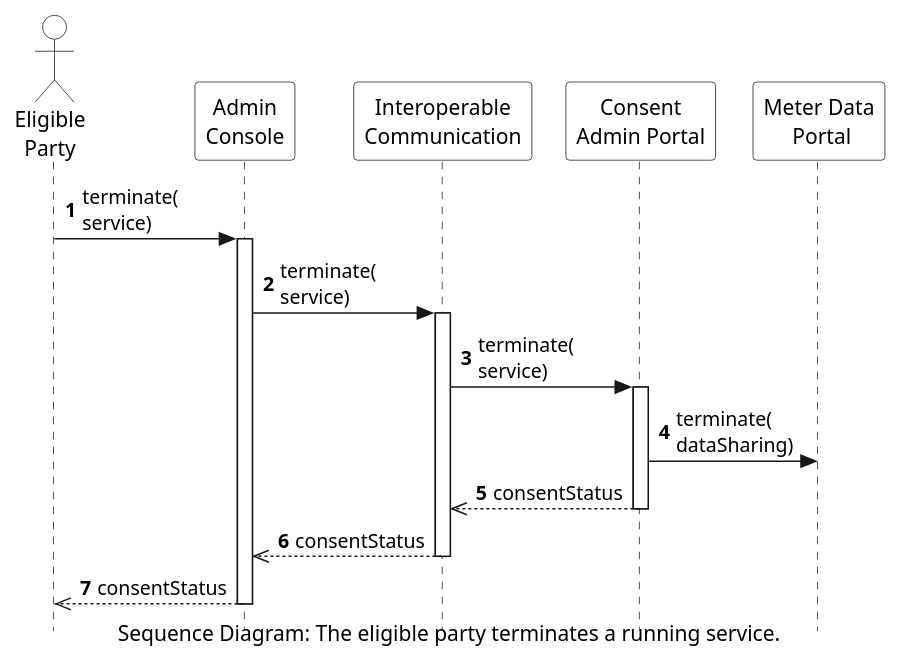
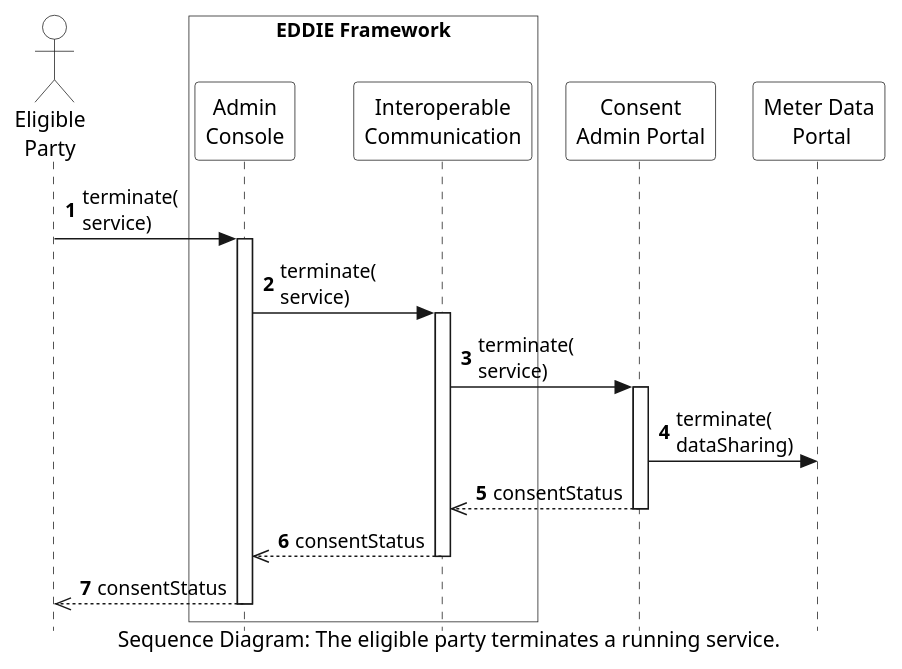
The diagram in arc42/06-runtime-view/consent-revocation/service-termination-eligible-party/figures/service-termination.puml (eddie-energy/architecture), drawn with PlantUML before and after one commit. The commit also changed 9 other files, not shown here.

Commit message:
Add boxes in the sequence diagrams of runtime view

```diff
--- a/arc42/06-runtime-view/consent-revocation/service-termination-eligible-party/figures/service-termination.puml
+++ b/arc42/06-runtime-view/consent-revocation/service-termination-eligible-party/figures/service-termination.puml
@@ -1,33 +1,35 @@
 @startuml service-termination
 'sequence diagram
 caption Sequence Diagram: The eligible party terminates a running service.
 
 skinparam style strictuml
 skinparam sequence {
   ParticipantBackgroundColor transparent
   ActorBackgroundColor transparent
 }
 
 autonumber
 
 actor "Eligible\nParty" as user
-participant "Admin\nConsole" as adminConsole
-participant "Interoperable\nCommunication" as comm
+box "EDDIE Framework" #transparent
+  participant "Admin\nConsole" as adminConsole
+  participant "Interoperable\nCommunication" as comm
+end box
 participant "Consent\nAdmin Portal" as adminPortal
 participant "Meter Data\n Portal" as meterPortal
 
 user -> adminConsole : terminate(\nservice)
 activate adminConsole
   adminConsole -> comm : terminate(\nservice)
     activate comm
       comm -> adminPortal : terminate(\nservice)
       activate adminPortal
         adminPortal -> meterPortal : terminate(\ndataSharing)
         adminPortal -->> comm : consentStatus
       deactivate adminPortal
       comm -->> adminConsole : consentStatus
     deactivate comm
   adminConsole -->> user : consentStatus
 deactivate adminConsole
 
 @enduml
```
